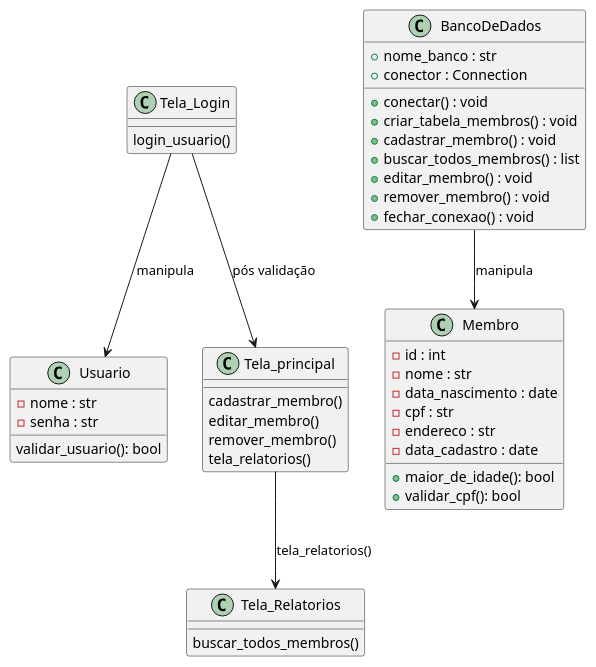
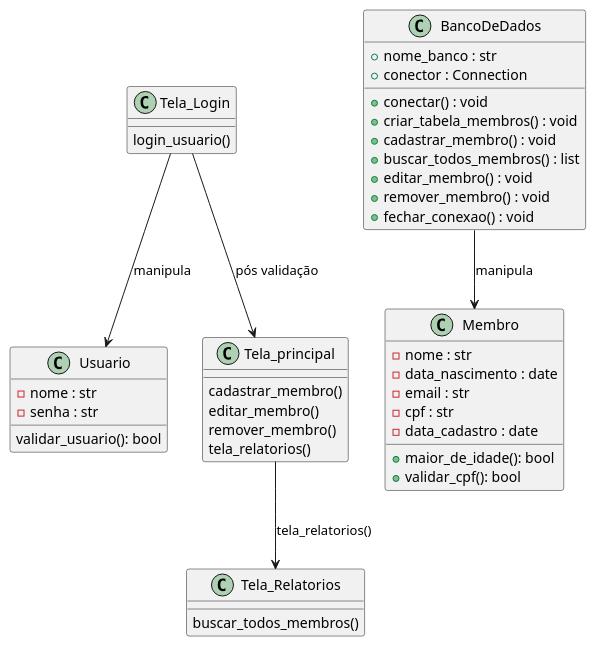
One commit to Bruthalles/projeto-rad changed the diagram in diagrams/classes.puml. Above: the diagram before and after it, drawn with PlantUML.

Commit message:
atualizando classe membro

```diff
--- a/diagrams/classes.puml
+++ b/diagrams/classes.puml
@@ -1,49 +1,48 @@
 @startuml classes 
 class Usuario{
     - nome : str
     - senha : str
 
     validar_usuario(): bool
 }
 class Membro{
-    - id : int
     - nome : str
     - data_nascimento : date
+    - email : str 
     - cpf : str
-    - endereco : str
     - data_cadastro : date 
     + maior_de_idade(): bool 
     + validar_cpf(): bool 
 
 }
 class BancoDeDados{
     + nome_banco : str
     + conector : Connection
 
     + conectar() : void 
     + criar_tabela_membros() : void 
     + cadastrar_membro() : void 
     + buscar_todos_membros() : list 
     + editar_membro() : void 
     + remover_membro() : void 
     + fechar_conexao() : void
 }
 
 class Tela_Login{
     login_usuario()
 }
 class Tela_principal{
     cadastrar_membro()
     editar_membro() 
     remover_membro() 
     tela_relatorios() 
 }
 class Tela_Relatorios{
         buscar_todos_membros()
 
 }
 Tela_Login --> Usuario : manipula
 BancoDeDados --> Membro : manipula
 Tela_Login --> Tela_principal : pós validação
 Tela_principal --> Tela_Relatorios : tela_relatorios()
 @enduml
```
